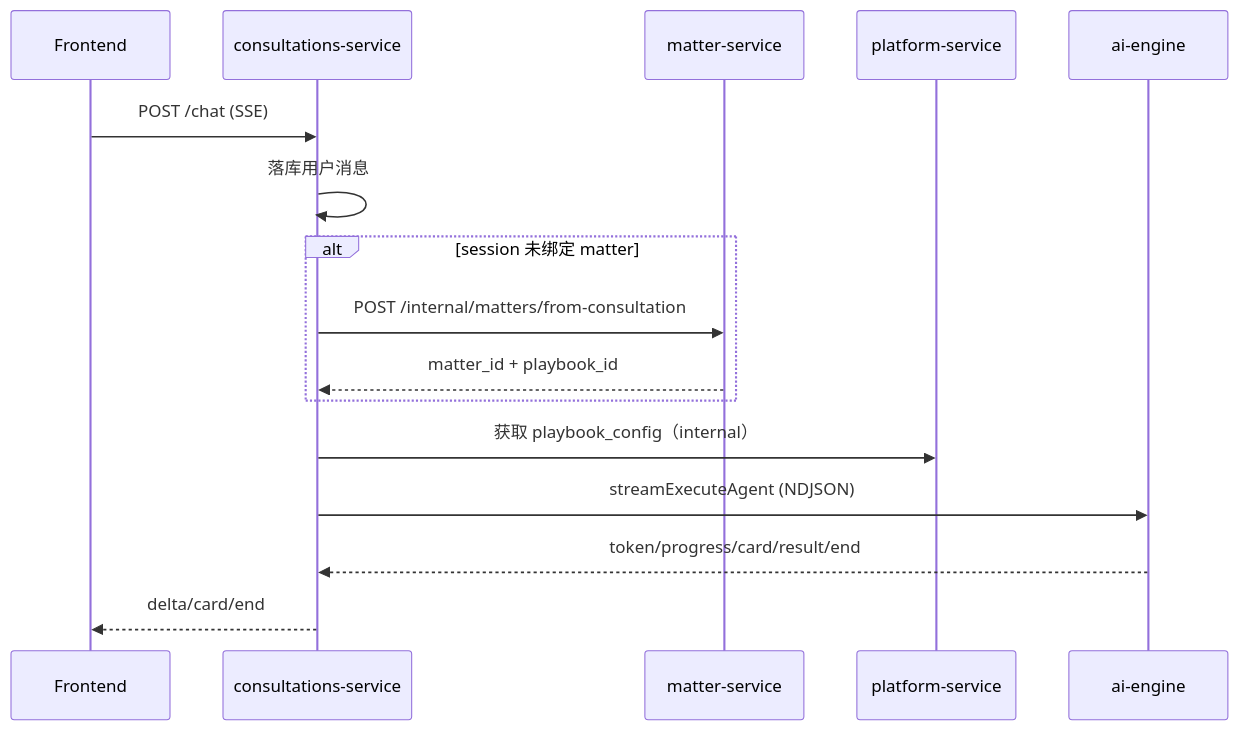
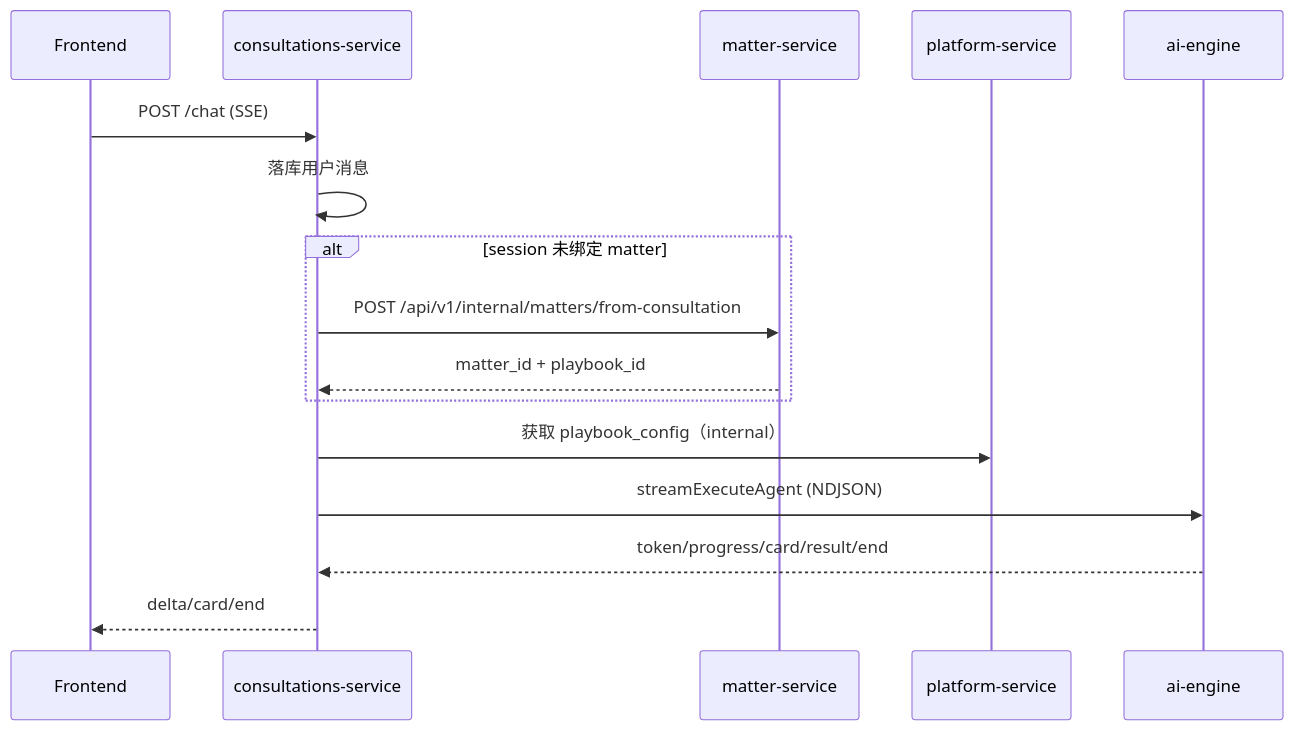
The diagram in flows/consultation-to-matter.md (lawseekdog/docs), drawn with Mermaid before and after one commit. The commit also changed other lines of this file and 25 other files, not shown here.

````diff
--- a/flows/consultation-to-matter.md
+++ b/flows/consultation-to-matter.md
@@ -55,19 +55,19 @@
 ```mermaid
 sequenceDiagram
   participant FE as Frontend
   participant CONS as consultations-service
   participant MAT as matter-service
   participant PLAT as platform-service
   participant AIE as ai-engine
 
   FE->>CONS: POST /chat (SSE)
   CONS->>CONS: 落库用户消息
   alt session 未绑定 matter
-    CONS->>MAT: POST /internal/matters/from-consultation
+    CONS->>MAT: POST /api/v1/internal/matters/from-consultation
     MAT-->>CONS: matter_id + playbook_id
   end
   CONS->>PLAT: 获取 playbook_config（internal）
   CONS->>AIE: streamExecuteAgent (NDJSON)
   AIE-->>CONS: token/progress/card/result/end
   CONS-->>FE: delta/card/end
 ```
````
